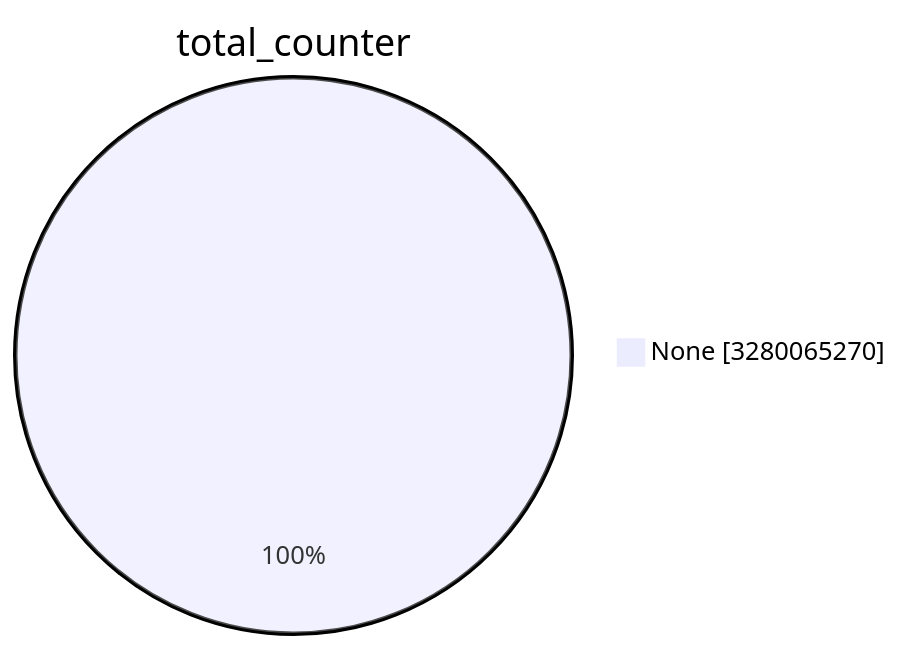
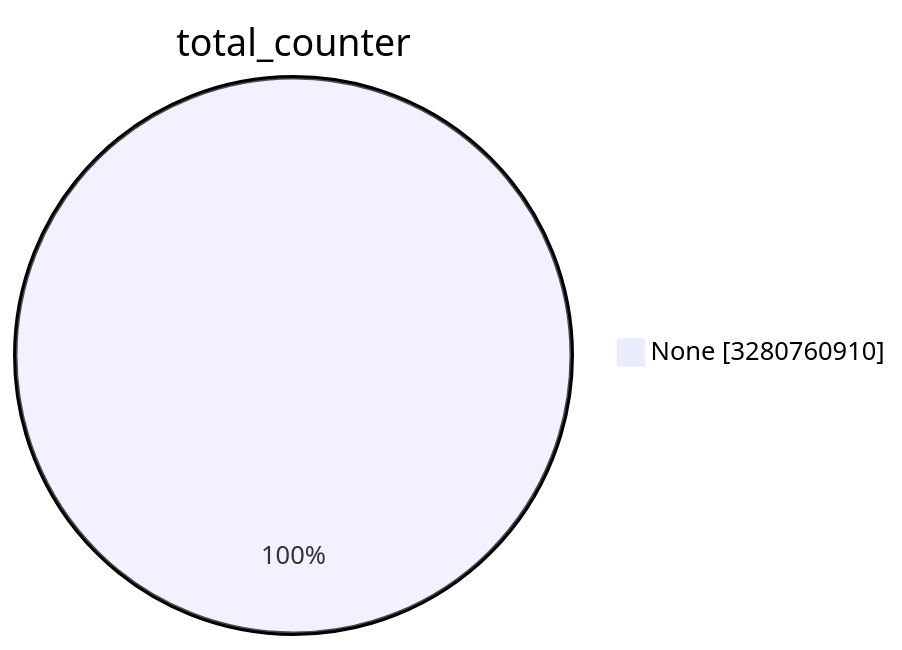
One commit to christiankrug/ctmonitor_visualization changed the first of 15 diagrams in TOTAL/README.md. Above: the diagram before and after it, drawn with Mermaid. The commit also changed other lines of this file, not shown here.

````diff
--- a/TOTAL/README.md
+++ b/TOTAL/README.md
@@ -1,5 +1,5 @@
 ```mermaid
 pie showData
 title total_counter
-"None" :3280065270
+"None" :3280760910
 ```
````
